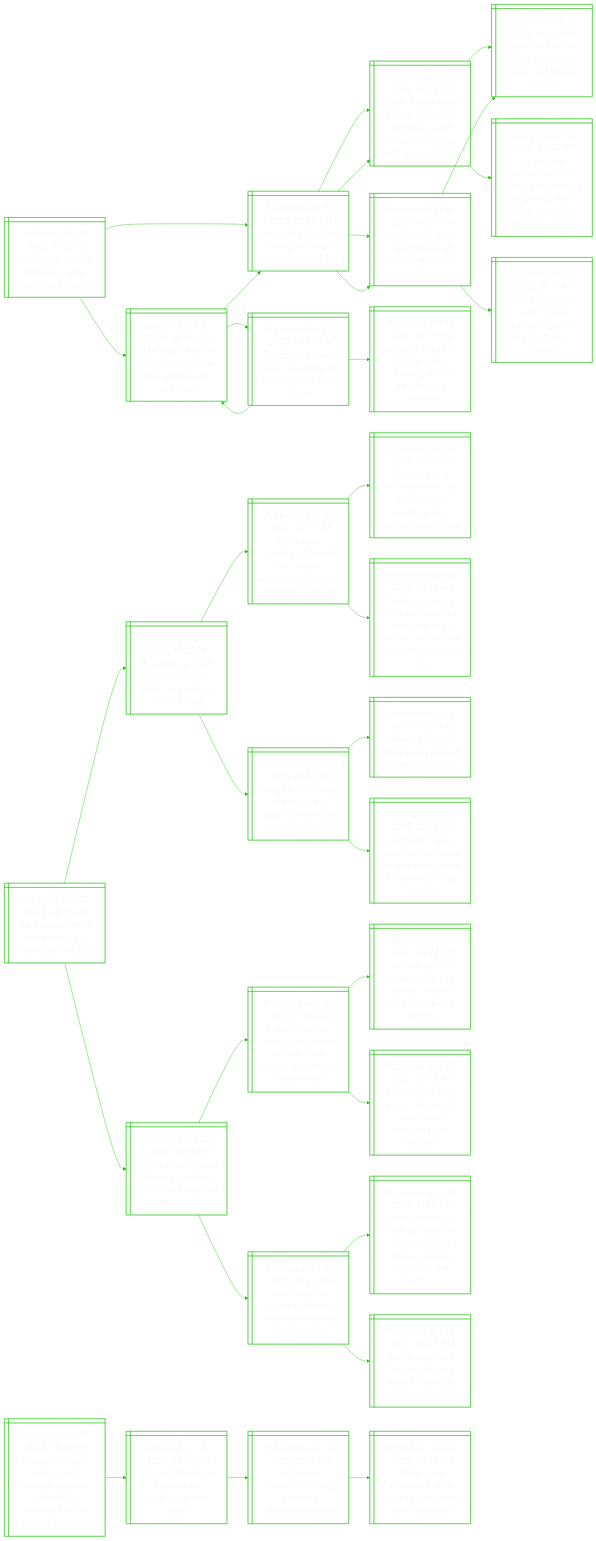
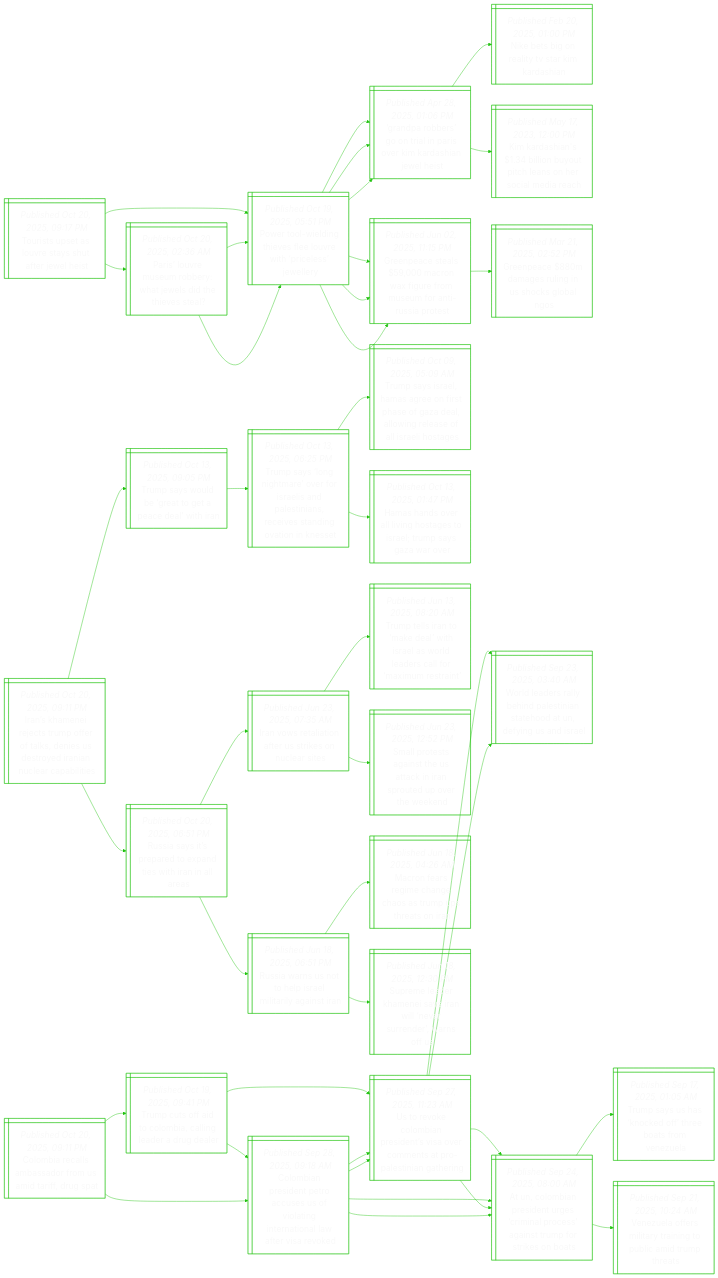
Before and after one commit to notJmes/notJmes: the diagram in README.md, drawn with Mermaid. The commit also changed other lines of this file, not shown here.

````diff
--- a/README.md
+++ b/README.md
@@ -16,109 +16,130 @@
 flowchart LR
 classDef txtsize font-size:20px;
 
-Mttdmfaua@{ shape: win-pane, label: "_Published Oct 20, 2025, 07:21 PM_
-Mediators step up diplomacy after gaza truce shaken" }
-Ilkzispec@{ shape: win-pane, label: "_Published Oct 19, 2025, 05:06 PM_
-Israel strikes gaza, saying its troops were attacked" }
-IlseetvtRbreeuat@{ shape: win-pane, label: "_Published Oct 16, 2025, 06:25 PM_
-Israel, hamas trade blame over truce violations, rafah border reopening eyed but no date set" }
-IlHhdbhnroe@{ shape: win-pane, label: "_Published Oct 15, 2025, 05:54 PM_
-Israel says hamas handed over body that is not former hostage" }
-Ilprnpfogriyteul@{ shape: win-pane, label: "_Published Oct 16, 2025, 04:20 PM_
-Israel says preparations to open rafah crossing underway with egypt, date to be announced later" }
-Hstaoltesnv@{ shape: win-pane, label: "_Published Oct 16, 2025, 04:51 AM_
-Hamas says it has handed over all hostage remains it can recover" }
-Tsscretniali@{ shape: win-pane, label: "_Published Oct 16, 2025, 12:10 AM_
-Trump says israel could resume fighting in gaza if hamas fails to disarm" }
-IlHhdbhnroe@{ shape: win-pane, label: "_Published Oct 15, 2025, 05:54 PM_
-Israel says hamas handed over body that is not former hostage" }
-Ilcfntutrkla@{ shape: win-pane, label: "_Published Oct 20, 2025, 06:50 AM_
-Israel says ceasefire and aid to resume after airstrikes kill 26 in gaza" }
-Ilkzispec@{ shape: win-pane, label: "_Published Oct 19, 2025, 05:06 PM_
-Israel strikes gaza, saying its troops were attacked" }
-IlseetvtRbreeuat@{ shape: win-pane, label: "_Published Oct 16, 2025, 06:25 PM_
-Israel, hamas trade blame over truce violations, rafah border reopening eyed but no date set" }
-Hstaoltesnv@{ shape: win-pane, label: "_Published Oct 16, 2025, 04:51 AM_
-Hamas says it has handed over all hostage remains it can recover" }
-TssHcftnerse@{ shape: win-pane, label: "_Published Oct 20, 2025, 09:55 AM_
-Trump says israel-hamas ceasefire still in place after gaza strikes" }
-Ilcfntutrkla@{ shape: win-pane, label: "_Published Oct 20, 2025, 06:50 AM_
-Israel says ceasefire and aid to resume after airstrikes kill 26 in gaza" }
-Usiessntasal@{ shape: win-pane, label: "_Published Oct 19, 2025, 07:02 AM_
-Us says ‘credible reports’ hamas planning attack against gaza civilians" }
+TssLesajh@{ shape: win-pane, label: "_Published Oct 20, 2025, 09:17 PM_
+Tourists upset as louvre stays shut after jewel heist" }
+Ptineluiisey@{ shape: win-pane, label: "_Published Oct 19, 2025, 05:51 PM_
+Power tool-wielding thieves flee louvre with ‘priceless’ jewellery" }
+GpboiPoidaes@{ shape: win-pane, label: "_Published Apr 28, 2025, 01:06 PM_
+‘grandpa robbers’ go on trial in paris over kim kardashian jewel heist" }
+NegaTrah@{ shape: win-pane, label: "_Published Feb 20, 2025, 01:00 PM_
+Nike bets big on reality tv star kim kardashian" }
+Kriinucneida@{ shape: win-pane, label: "_Published May 17, 2023, 12:00 PM_
+Kim kardashian's $1.34 billion buyout pitch leans on her social media reach" }
+Gpssofemmnsrt@{ shape: win-pane, label: "_Published Jun 02, 2025, 11:15 PM_
+Greenpeace steals $59,000 macron wax figure from museum for anti-russia protest" }
+GpmglnolN@{ shape: win-pane, label: "_Published Mar 21, 2025, 02:52 PM_
+Greenpeace $880m damages ruling in us shocks global ngos" }
+PLeubhwitea@{ shape: win-pane, label: "_Published Oct 20, 2025, 02:36 AM_
+Paris’ louvre museum robbery: what jewels did the thieves steal?" }
+Ptineluiisey@{ shape: win-pane, label: "_Published Oct 19, 2025, 05:51 PM_
+Power tool-wielding thieves flee louvre with ‘priceless’ jewellery" }
+GpboiPoidaes@{ shape: win-pane, label: "_Published Apr 28, 2025, 01:06 PM_
+‘grandpa robbers’ go on trial in paris over kim kardashian jewel heist" }
+Gpssofemmnsrt@{ shape: win-pane, label: "_Published Jun 02, 2025, 11:15 PM_
+Greenpeace steals $59,000 macron wax figure from museum for anti-russia protest" }
+Ptineluiisey@{ shape: win-pane, label: "_Published Oct 19, 2025, 05:51 PM_
+Power tool-wielding thieves flee louvre with ‘priceless’ jewellery" }
+GpboiPoidaes@{ shape: win-pane, label: "_Published Apr 28, 2025, 01:06 PM_
+‘grandpa robbers’ go on trial in paris over kim kardashian jewel heist" }
+Gpssofemmnsrt@{ shape: win-pane, label: "_Published Jun 02, 2025, 11:15 PM_
+Greenpeace steals $59,000 macron wax figure from museum for anti-russia protest" }
 
-Mttdmfaua:::txtsize --> Ilkzispec:::txtsize
-Ilkzispec:::txtsize --> IlseetvtRbreeuat:::txtsize
-IlseetvtRbreeuat:::txtsize --> IlHhdbhnroe:::txtsize
-IlseetvtRbreeuat:::txtsize --> Ilprnpfogriyteul:::txtsize
-Ilkzispec:::txtsize --> Hstaoltesnv:::txtsize
-Hstaoltesnv:::txtsize --> Tsscretniali:::txtsize
-Hstaoltesnv:::txtsize --> IlHhdbhnroe:::txtsize
-Mttdmfaua:::txtsize --> Ilcfntutrkla:::txtsize
-Ilcfntutrkla:::txtsize --> Ilkzispec:::txtsize
-Ilkzispec:::txtsize --> IlseetvtRbreeuat:::txtsize
-Ilkzispec:::txtsize --> Hstaoltesnv:::txtsize
-Ilcfntutrkla:::txtsize --> TssHcftnerse:::txtsize
-TssHcftnerse:::txtsize --> Ilcfntutrkla:::txtsize
-TssHcftnerse:::txtsize --> Usiessntasal:::txtsize
+TssLesajh:::txtsize --> Ptineluiisey:::txtsize
+Ptineluiisey:::txtsize --> GpboiPoidaes:::txtsize
+GpboiPoidaes:::txtsize --> NegaTrah:::txtsize
+GpboiPoidaes:::txtsize --> Kriinucneida:::txtsize
+Ptineluiisey:::txtsize --> Gpssofemmnsrt:::txtsize
+Gpssofemmnsrt:::txtsize --> GpmglnolN:::txtsize
+TssLesajh:::txtsize --> PLeubhwitea:::txtsize
+PLeubhwitea:::txtsize --> Ptineluiisey:::txtsize
+Ptineluiisey:::txtsize --> GpboiPoidaes:::txtsize
+Ptineluiisey:::txtsize --> Gpssofemmnsrt:::txtsize
+PLeubhwitea:::txtsize --> Ptineluiisey:::txtsize
+Ptineluiisey:::txtsize --> GpboiPoidaes:::txtsize
+Ptineluiisey:::txtsize --> Gpssofemmnsrt:::txtsize
 
-Etresgpb@{ shape: win-pane, label: "_Published Oct 20, 2025, 06:45 PM_
-Eu states agree to end russian gas imports by end 2027" }
-EcRaefaieyf@{ shape: win-pane, label: "_Published Sep 11, 2025, 10:28 PM_
-Eu sticks to 2028 russian gas exit after talks with us energy chief" }
-UaStetRanwania@{ shape: win-pane, label: "_Published Sep 07, 2025, 10:51 PM_
-Us treasury secretary bessent says russian economic woes can bring putin to table" }
-Ungilyoocresafl@{ shape: win-pane, label: "_Published Sep 05, 2025, 08:05 PM_
-Us to end long-running military aid for european countries near russia, says official" }
-Tseraniteaorbhut@{ shape: win-pane, label: "_Published Sep 03, 2025, 03:19 AM_
-Trump says he is ‘very disappointed’ with putin over ukraine, not worried about china-russia ties" }
-HretsggalBie@{ shape: win-pane, label: "_Published Sep 10, 2025, 01:55 AM_
-Hungary, dependant on russian gas, signs 10-year deal with britain’s shell" }
-Hraravllro@{ shape: win-pane, label: "_Published Aug 28, 2025, 11:40 PM_
-Hungary, ukraine trade barbs over oil supply disruption" }
-ZseoaoUnloRart@{ shape: win-pane, label: "_Published Sep 06, 2025, 12:40 AM_
-Zelensky meets slovakia’s fico, says ukraine will respond to russia’s energy attacks" }
-Tvomvinalilra@{ shape: win-pane, label: "_Published Oct 20, 2025, 10:26 AM_
-Trump vows to keep ‘massive’ tariffs on india until russian oil imports cease" }
-ItnRaitprhsrtcy@{ shape: win-pane, label: "_Published Aug 02, 2025, 07:04 PM_
-India to maintain russian oil imports despite trump threats, government sources say" }
-Unsenyirnidhe@{ shape: win-pane, label: "_Published Aug 01, 2025, 09:24 PM_
-Ukraine says 31 killed in end-july russian strike on kyiv, including 5 children" }
-Rainisiyminsi@{ shape: win-pane, label: "_Published Aug 01, 2025, 05:24 AM_
-Russia’s actions in ukraine ‘disgusting’, says trump, indicating new sanctions" }
-Istwfpcroun@{ shape: win-pane, label: "_Published Oct 17, 2025, 09:22 AM_
-India says it’s unaware of trump-modi conversation on russian oil" }
-Tretfsnakergraoe@{ shape: win-pane, label: "_Published Aug 07, 2025, 11:00 PM_
-Trump ratchets up tariff pressure on india, sparking despair among exporters and growth fears" }
-Tsosrmanyil@{ shape: win-pane, label: "_Published Oct 16, 2025, 05:45 AM_
-Trump says modi has assured him india will not buy russian oil" }
+IKnjTookidornepi@{ shape: win-pane, label: "_Published Oct 20, 2025, 09:11 PM_
+Iran’s khamenei rejects trump offer of talks, denies us destroyed iranian nuclear capabilities" }
+TsoettclI@{ shape: win-pane, label: "_Published Oct 13, 2025, 09:05 PM_
+Trump says would be ‘great to get a peace deal’ with iran" }
+TsogrrsiPtnesiais@{ shape: win-pane, label: "_Published Oct 13, 2025, 06:25 PM_
+Trump says ‘long nightmare’ over for israelis and palestinians, receives standing ovation in knesset" }
+TssHaossaaorslaoe@{ shape: win-pane, label: "_Published Oct 09, 2025, 05:09 AM_
+Trump says israel, hamas agree on first phase of gaza deal, allowing release of all israeli hostages" }
+Hholissrrazo@{ shape: win-pane, label: "_Published Oct 13, 2025, 01:47 PM_
+Hamas hands over all living hostages to israel; trump says gaza war over" }
+Raiedpitnls@{ shape: win-pane, label: "_Published Oct 20, 2025, 06:51 PM_
+Russia says it’s prepared to expand ties with iran in all areas" }
+IottfSknae@{ shape: win-pane, label: "_Published Jun 23, 2025, 07:35 AM_
+Iran vows retaliation after us strikes on nuclear sites" }
+TtIodirsdelmutt@{ shape: win-pane, label: "_Published Jun 13, 2025, 08:20 AM_
+Trump tells iran to ‘make deal’ with israel as world leaders call for ‘maximum restraint’" }
+Spsatakaoured@{ shape: win-pane, label: "_Published Jun 23, 2025, 12:52 PM_
+Small protests against the us attack in iran sprouted up over the weekend" }
+RastlaliaI@{ shape: win-pane, label: "_Published Jun 18, 2025, 06:51 PM_
+Russia warns us not to help israel militarily against iran" }
+MnsmnaTuron@{ shape: win-pane, label: "_Published Jun 18, 2025, 04:26 AM_
+Macron fears regime change chaos as trump ups threats on iran" }
+SmdaiIivrenU@{ shape: win-pane, label: "_Published Jun 18, 2025, 12:30 PM_
+Supreme leader khamenei says iran will ‘never surrender’, warns off us" }
 
-Etresgpb:::txtsize --> EcRaefaieyf:::txtsize
-EcRaefaieyf:::txtsize --> UaStetRanwania:::txtsize
-UaStetRanwania:::txtsize --> Ungilyoocresafl:::txtsize
-UaStetRanwania:::txtsize --> Tseraniteaorbhut:::txtsize
-EcRaefaieyf:::txtsize --> HretsggalBie:::txtsize
-HretsggalBie:::txtsize --> Hraravllro:::txtsize
-HretsggalBie:::txtsize --> ZseoaoUnloRart:::txtsize
-Etresgpb:::txtsize --> Tvomvinalilra:::txtsize
-Tvomvinalilra:::txtsize --> ItnRaitprhsrtcy:::txtsize
-ItnRaitprhsrtcy:::txtsize --> Unsenyirnidhe:::txtsize
-ItnRaitprhsrtcy:::txtsize --> Rainisiyminsi:::txtsize
-Tvomvinalilra:::txtsize --> Istwfpcroun:::txtsize
-Istwfpcroun:::txtsize --> Tretfsnakergraoe:::txtsize
-Istwfpcroun:::txtsize --> Tsosrmanyil:::txtsize
+IKnjTookidornepi:::txtsize --> TsoettclI:::txtsize
+TsoettclI:::txtsize --> TsogrrsiPtnesiais:::txtsize
+TsogrrsiPtnesiais:::txtsize --> TssHaossaaorslaoe:::txtsize
+TsogrrsiPtnesiais:::txtsize --> Hholissrrazo:::txtsize
+IKnjTookidornepi:::txtsize --> Raiedpitnls:::txtsize
+Raiedpitnls:::txtsize --> IottfSknae:::txtsize
+IottfSknae:::txtsize --> TtIodirsdelmutt:::txtsize
+IottfSknae:::txtsize --> Spsatakaoured:::txtsize
+Raiedpitnls:::txtsize --> RastlaliaI:::txtsize
+RastlaliaI:::txtsize --> MnsmnaTuron:::txtsize
+RastlaliaI:::txtsize --> SmdaiIivrenU:::txtsize
 
-Ighotieacnuaeesh@{ shape: win-pane, label: "_Published Oct 20, 2025, 06:45 PM_
-Instagram shows more ‘eating disorder adjacent’ content to vulnerable teens: meta researchers" }
-Bnnkfelvh@{ shape: win-pane, label: "_Published Jun 30, 2025, 05:00 AM_
-Banning #skinnytok won’t fix the problem of viral harm" }
-Syedtienua@{ shape: win-pane, label: "_Published Jun 24, 2025, 01:30 PM_
-#skinnytok rebranded eating disorders dangerously fast" }
-TkSyfuaursc@{ shape: win-pane, label: "_Published Jun 04, 2025, 01:33 PM_
-Tiktok bans #skinnytok after european regulators raise concerns" }
+CbcasfStfs@{ shape: win-pane, label: "_Published Oct 20, 2025, 09:11 PM_
+Colombia recalls ambassador from us amid tariff, drug spat" }
+Tcftocndra@{ shape: win-pane, label: "_Published Oct 19, 2025, 09:41 PM_
+Trump cuts off aid to colombia, calling leader a drug dealer" }
+UeCbreiemaPtne@{ shape: win-pane, label: "_Published Sep 27, 2025, 11:23 AM_
+Us to revoke colombian president’s visa over comments at pro-palestinian gathering" }
+WlrlilntoUySs@{ shape: win-pane, label: "_Published Sep 23, 2025, 03:40 AM_
+World leaders rally behind palestinian statehood at un, defying us and israel" }
+Aoienempsiroins@{ shape: win-pane, label: "_Published Sep 24, 2025, 08:00 AM_
+At un, colombian president urges ‘criminal process’ against trump for strikes on boats" }
+CbretcUiittlfiv@{ shape: win-pane, label: "_Published Sep 28, 2025, 09:18 AM_
+Colombian president petro accuses us of violating international law after visa revoked" }
+UeCbreiemaPtne@{ shape: win-pane, label: "_Published Sep 27, 2025, 11:23 AM_
+Us to revoke colombian president’s visa over comments at pro-palestinian gathering" }
+Aoienempsiroins@{ shape: win-pane, label: "_Published Sep 24, 2025, 08:00 AM_
+At un, colombian president urges ‘criminal process’ against trump for strikes on boats" }
+CbretcUiittlfiv@{ shape: win-pane, label: "_Published Sep 28, 2025, 09:18 AM_
+Colombian president petro accuses us of violating international law after visa revoked" }
+UeCbreiemaPtne@{ shape: win-pane, label: "_Published Sep 27, 2025, 11:23 AM_
+Us to revoke colombian president’s visa over comments at pro-palestinian gathering" }
+WlrlilntoUySs@{ shape: win-pane, label: "_Published Sep 23, 2025, 03:40 AM_
+World leaders rally behind palestinian statehood at un, defying us and israel" }
+Aoienempsiroins@{ shape: win-pane, label: "_Published Sep 24, 2025, 08:00 AM_
+At un, colombian president urges ‘criminal process’ against trump for strikes on boats" }
+Aoienempsiroins@{ shape: win-pane, label: "_Published Sep 24, 2025, 08:00 AM_
+At un, colombian president urges ‘criminal process’ against trump for strikes on boats" }
+TsSndhornl@{ shape: win-pane, label: "_Published Sep 17, 2025, 01:05 AM_
+Trump says us has ‘knocked off’ three boats from venezuela" }
+Vufmaagbmur@{ shape: win-pane, label: "_Published Sep 21, 2025, 10:24 AM_
+Venezuela offers military training to public amid trump threats" }
 
-Ighotieacnuaeesh:::txtsize --> Bnnkfelvh:::txtsize
-Bnnkfelvh:::txtsize --> Syedtienua:::txtsize
-Syedtienua:::txtsize --> TkSyfuaursc:::txtsize
+CbcasfStfs:::txtsize --> Tcftocndra:::txtsize
+Tcftocndra:::txtsize --> UeCbreiemaPtne:::txtsize
+UeCbreiemaPtne:::txtsize --> WlrlilntoUySs:::txtsize
+UeCbreiemaPtne:::txtsize --> Aoienempsiroins:::txtsize
+Tcftocndra:::txtsize --> CbretcUiittlfiv:::txtsize
+CbretcUiittlfiv:::txtsize --> UeCbreiemaPtne:::txtsize
+CbretcUiittlfiv:::txtsize --> Aoienempsiroins:::txtsize
+CbcasfStfs:::txtsize --> CbretcUiittlfiv:::txtsize
+CbretcUiittlfiv:::txtsize --> UeCbreiemaPtne:::txtsize
+UeCbreiemaPtne:::txtsize --> WlrlilntoUySs:::txtsize
+UeCbreiemaPtne:::txtsize --> Aoienempsiroins:::txtsize
+CbretcUiittlfiv:::txtsize --> Aoienempsiroins:::txtsize
+Aoienempsiroins:::txtsize --> TsSndhornl:::txtsize
+Aoienempsiroins:::txtsize --> Vufmaagbmur:::txtsize
 
 ```
````
